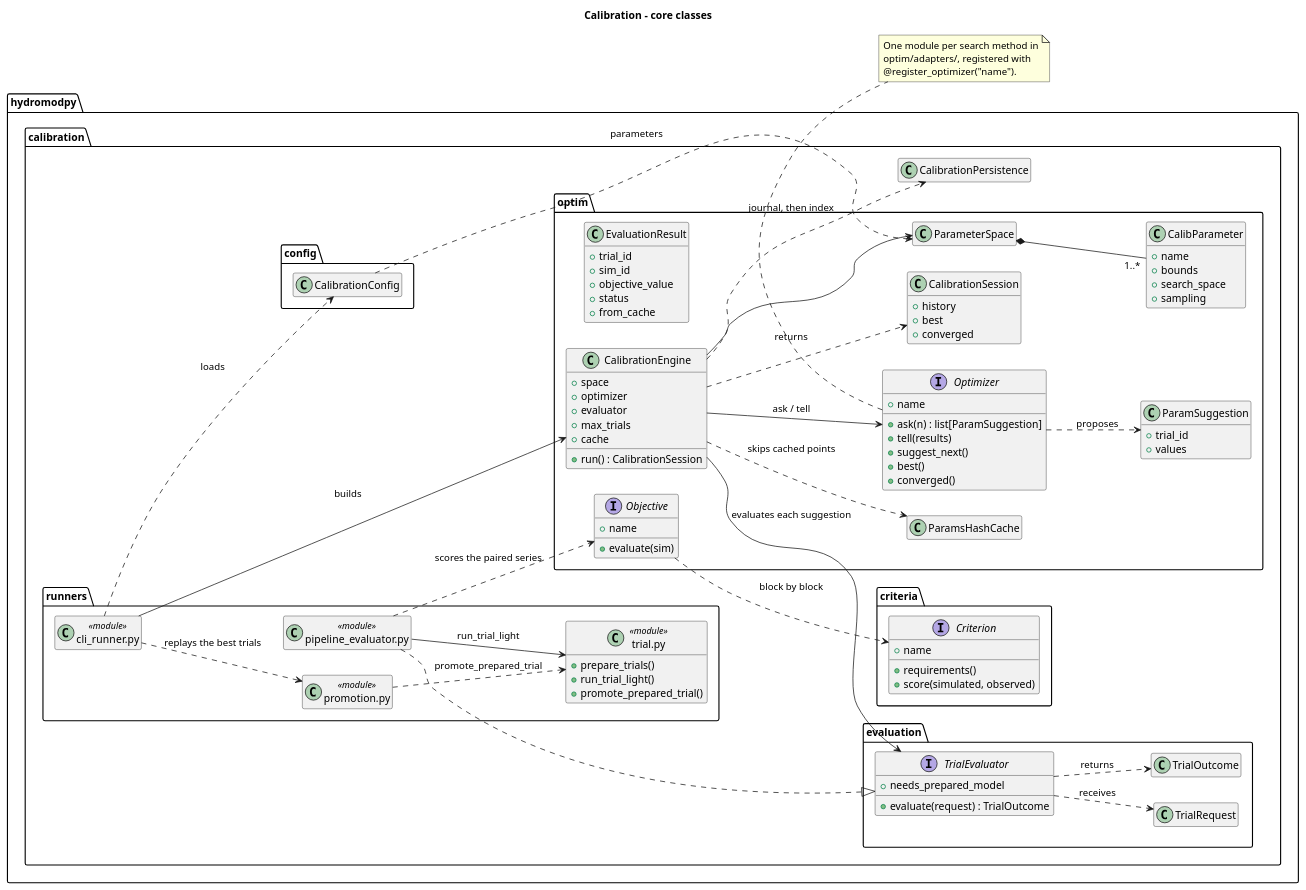
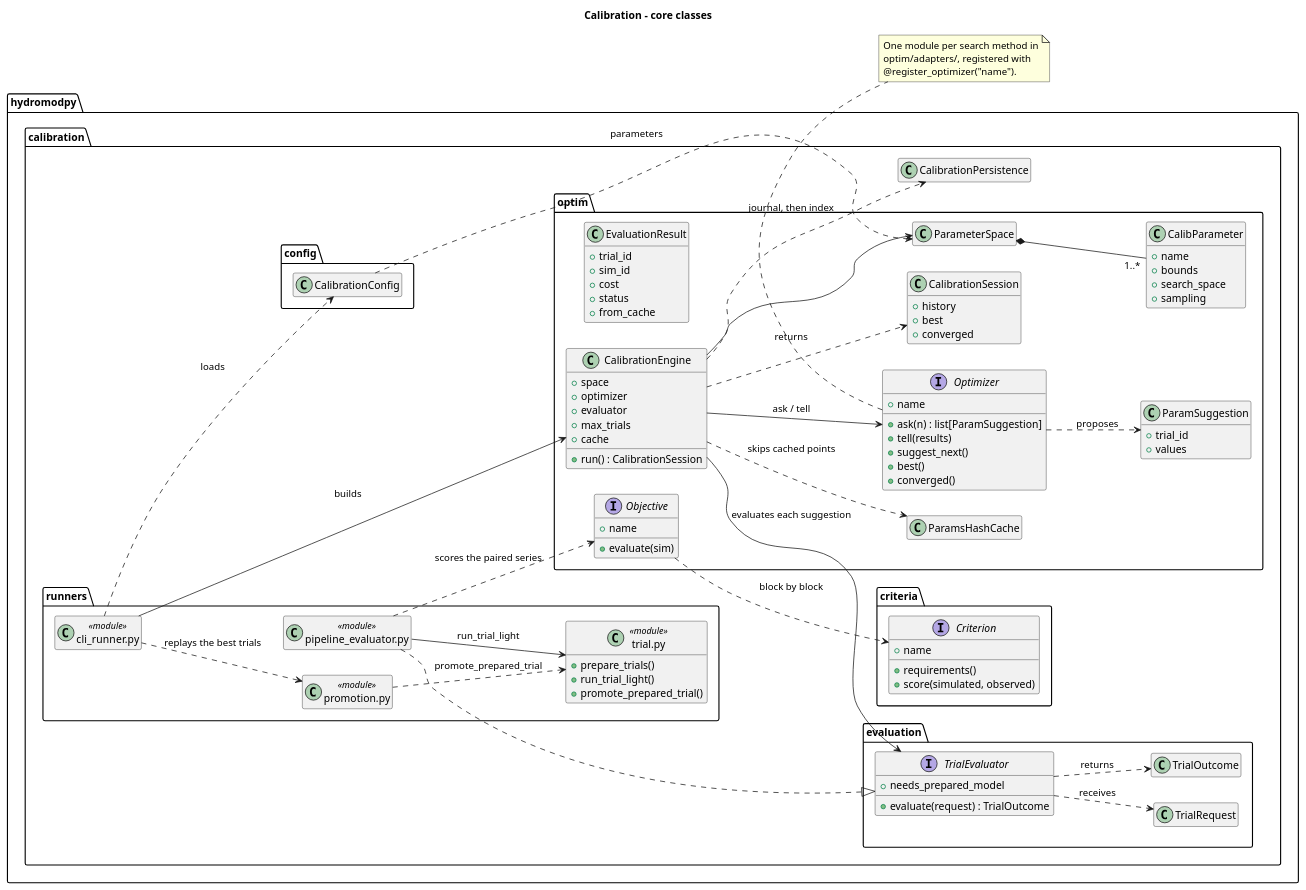
The diagram in docs/source/contribute/architecture/calibration/diagrams/calibration_classes.wsd (HydroModPy/HydroModPy), drawn with PlantUML before and after one commit. The commit also changed 354 other files, not shown here.

```diff
--- a/docs/source/contribute/architecture/calibration/diagrams/calibration_classes.wsd
+++ b/docs/source/contribute/architecture/calibration/diagrams/calibration_classes.wsd
@@ -1,121 +1,121 @@
 @startuml
 title Calibration - core classes
 left to right direction
 hide empty members
 
 package "hydromodpy.calibration.config" {
   class CalibrationConfig
 }
 
 package "hydromodpy.calibration.optim" {
   class ParameterSpace
   class CalibParameter {
     +name
     +bounds
     +search_space
     +sampling
   }
 
   interface Optimizer {
     +name
     +ask(n) : list[ParamSuggestion]
     +tell(results)
     +suggest_next()
     +best()
     +converged()
   }
 
   class ParamSuggestion {
     +trial_id
     +values
   }
 
   class EvaluationResult {
     +trial_id
     +sim_id
-    +objective_value
+    +cost
     +status
     +from_cache
   }
 
   class CalibrationEngine {
     +space
     +optimizer
     +evaluator
     +max_trials
     +cache
     +run() : CalibrationSession
   }
 
   class CalibrationSession {
     +history
     +best
     +converged
   }
 
   class ParamsHashCache
 
   interface Objective {
     +name
     +evaluate(sim)
   }
 }
 
 package "hydromodpy.calibration.evaluation" {
   interface TrialEvaluator {
     +needs_prepared_model
     +evaluate(request) : TrialOutcome
   }
   class TrialRequest
   class TrialOutcome
 }
 
 package "hydromodpy.calibration.criteria" {
   interface Criterion {
     +name
     +requirements()
     +score(simulated, observed)
   }
 }
 
 package "hydromodpy.calibration.runners" {
   class "pipeline_evaluator.py" as PipelineEvaluator <<module>>
   class "trial.py" as TrialModule <<module>> {
     +prepare_trials()
     +run_trial_light()
     +promote_prepared_trial()
   }
   class "cli_runner.py" as CliRunner <<module>>
   class "promotion.py" as Promotion <<module>>
 }
 
 package "hydromodpy.calibration" {
   class CalibrationPersistence
 }
 
 CalibrationConfig ..> ParameterSpace : parameters
 ParameterSpace *-- "1..*" CalibParameter
 CliRunner ..> CalibrationConfig : loads
 CliRunner --> CalibrationEngine : builds
 CalibrationEngine --> ParameterSpace
 CalibrationEngine --> Optimizer : ask / tell
 CalibrationEngine --> TrialEvaluator : evaluates each suggestion
 CalibrationEngine ..> ParamsHashCache : skips cached points
 CalibrationEngine ..> CalibrationPersistence : journal, then index
 CalibrationEngine ..> CalibrationSession : returns
 Optimizer ..> ParamSuggestion : proposes
 TrialEvaluator ..> TrialRequest : receives
 TrialEvaluator ..> TrialOutcome : returns
 PipelineEvaluator ..|> TrialEvaluator
 PipelineEvaluator --> TrialModule : run_trial_light
 PipelineEvaluator ..> Objective : scores the paired series
 Objective ..> Criterion : block by block
 CliRunner ..> Promotion : replays the best trials
 Promotion ..> TrialModule : promote_prepared_trial
 
 note bottom of Optimizer
 One module per search method in
 optim/adapters/, registered with
 @register_optimizer("name").
 end note
 @enduml
```
